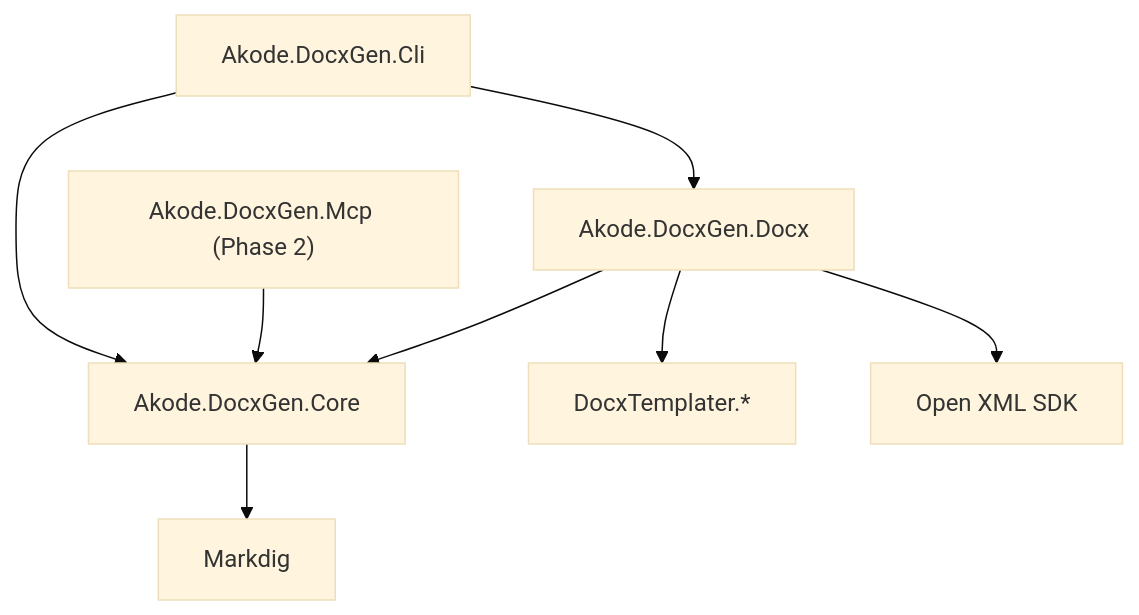
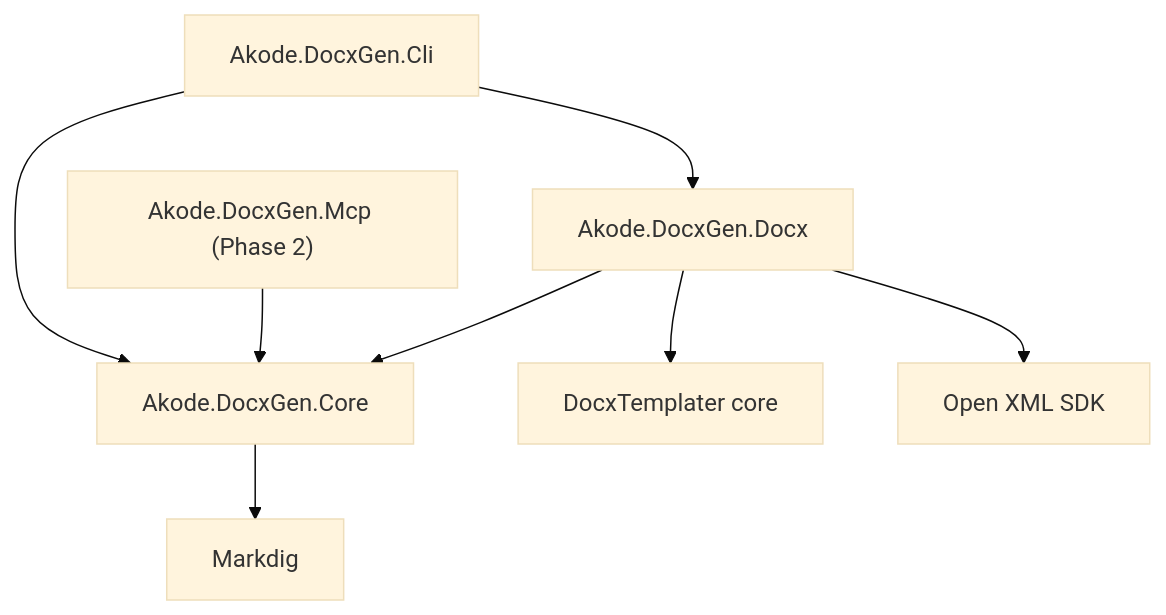
Before and after one commit to akode-dev/docxgen: the second of 4 diagrams in docs/architecture.md, drawn with Mermaid (base theme). The commit also changed other lines of this file and 31 other files, not shown here.

````diff
--- a/docs/architecture.md
+++ b/docs/architecture.md
@@ -21,10 +21,10 @@
 ```mermaid
 flowchart TD
     CLI["Akode.DocxGen.Cli"] --> Core["Akode.DocxGen.Core"]
     CLI --> Docx["Akode.DocxGen.Docx"]
     Docx --> Core
     Mcp["Akode.DocxGen.Mcp (Phase 2)"] --> Core
-    Docx --> DXT["DocxTemplater.*"]
+    Docx --> DXT["DocxTemplater core"]
     Docx --> OX["Open XML SDK"]
     Core --> Markdig["Markdig"]
 ```
````
